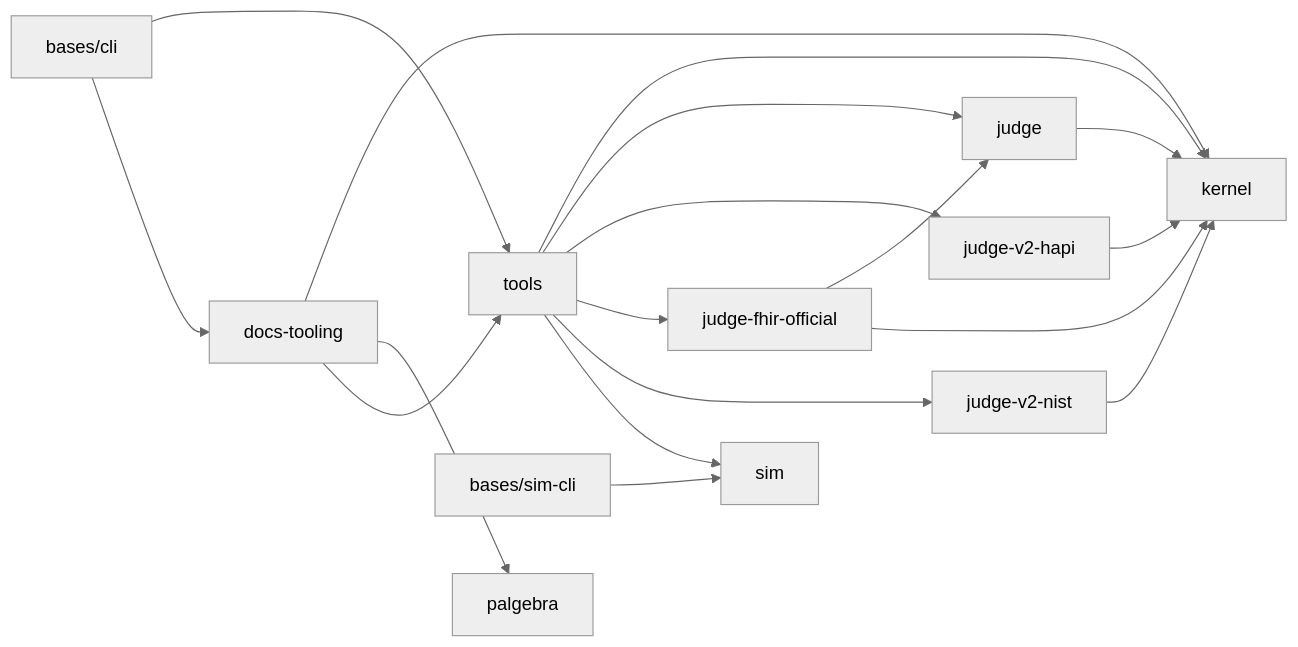
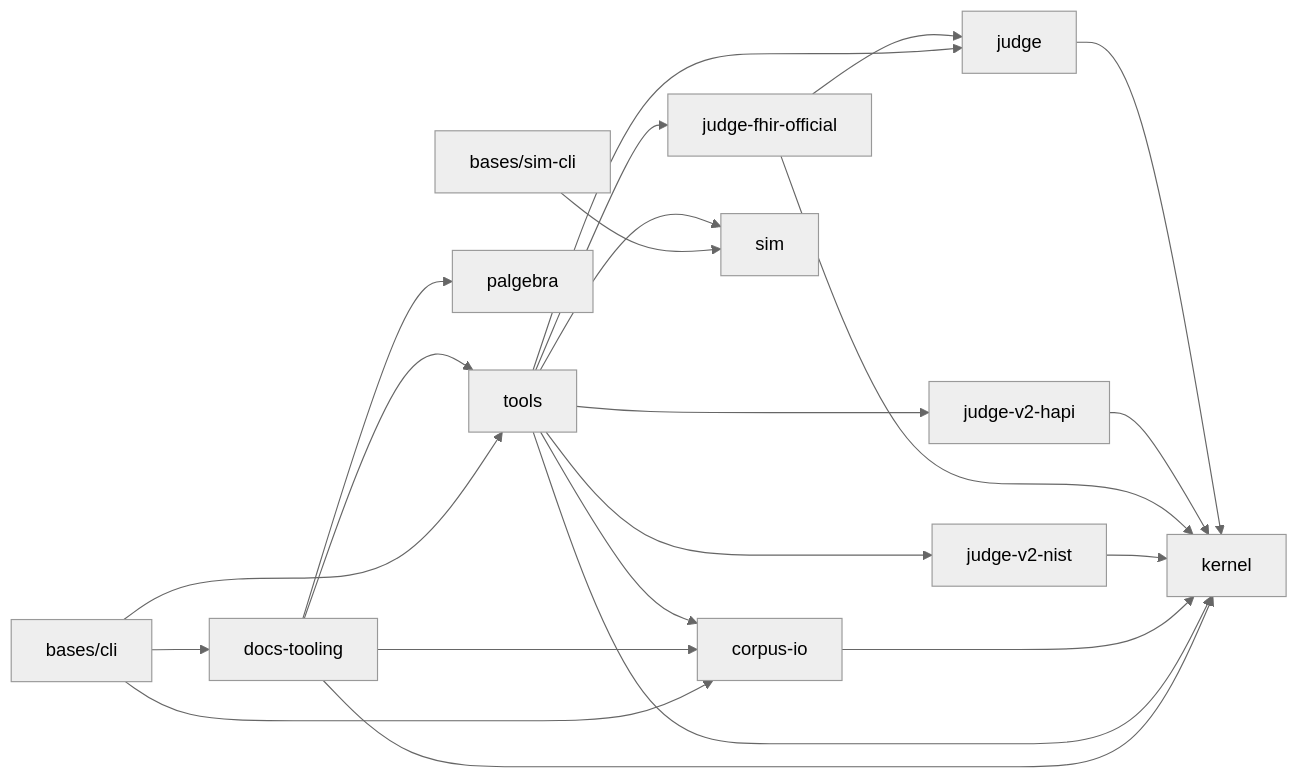
Before and after one commit to pragsmike/ehr-testing-tools: the diagram in docs/dev/architecture.md, drawn with Mermaid (neutral theme). The commit also changed other lines of this file and 50 other files, not shown here.

First line of the commit message:
refactor: extract corpus-io from tools (split stage 2, ruled 07-31)

````diff
--- a/docs/dev/architecture.md
+++ b/docs/dev/architecture.md
@@ -25,32 +25,37 @@
 ```mermaid
 flowchart LR
     kernel[kernel]
     judge[judge]
     judgev2hapi[judge-v2-hapi]
     judgefhirofficial[judge-fhir-official]
     judgev2nist[judge-v2-nist]
     tools[tools]
+    corpusio[corpus-io]
     docstooling[docs-tooling]
     palgebra[palgebra]
     sim[sim]
     cli[bases/cli]
     simcli[bases/sim-cli]
 
     judge --> kernel
     judgev2hapi --> kernel
     judgefhirofficial --> judge
     judgefhirofficial --> kernel
     judgev2nist --> kernel
+    corpusio --> kernel
     tools --> kernel
     tools --> judge
     tools --> judgev2hapi
     tools --> judgefhirofficial
     tools --> judgev2nist
     tools --> sim
+    tools --> corpusio
     docstooling --> kernel
     docstooling --> palgebra
     docstooling --> tools
+    docstooling --> corpusio
     cli --> tools
+    cli --> corpusio
     cli --> docstooling
     simcli --> sim
 ```
````
